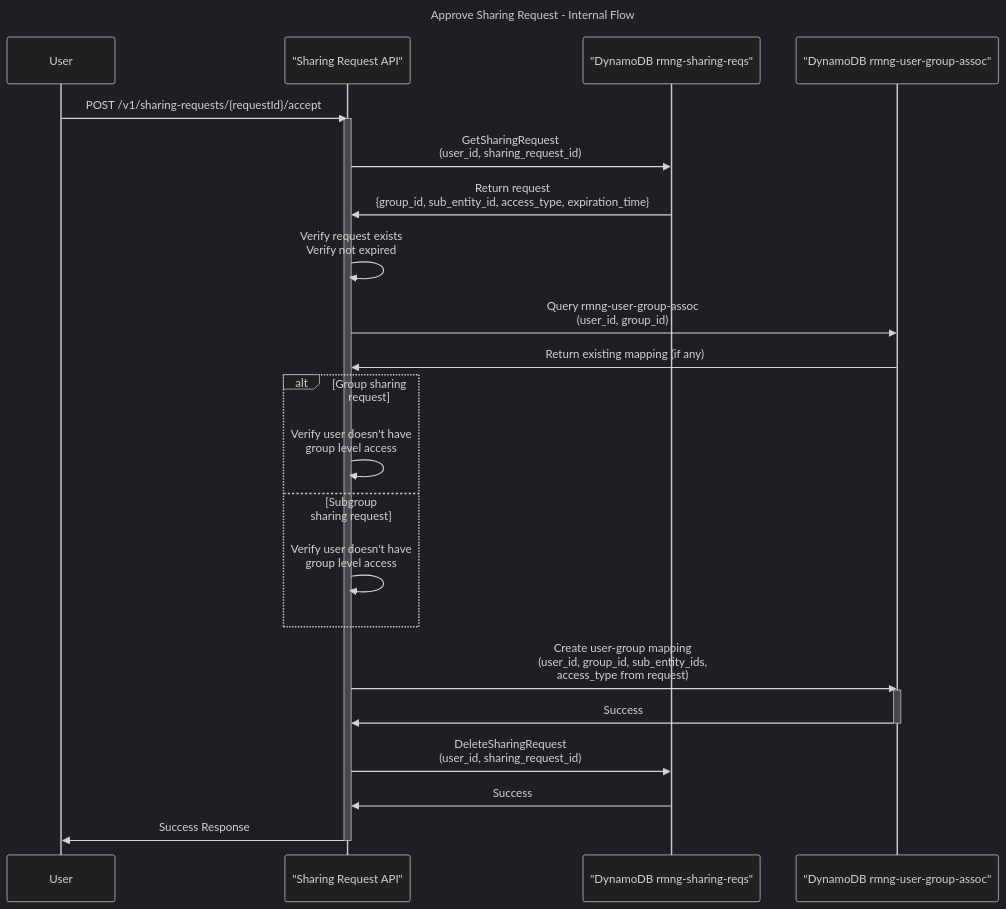
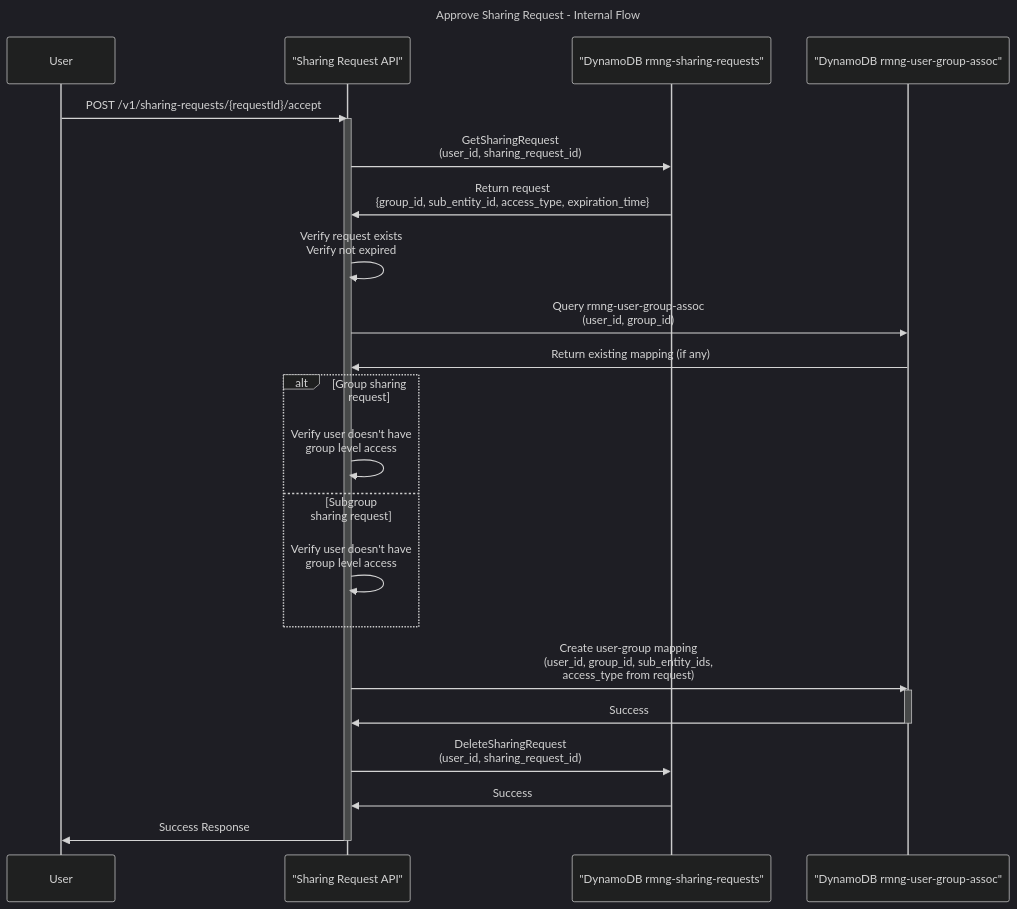
Before and after one commit to espressif/esp-rainmaker-neo: the sixth of 7 diagrams in docs/en/specs/group.md, drawn with Mermaid (dark theme). The commit also changed other lines of this file and 8 other files, not shown here.

First line of the commit message:
feat(group): store the typed username, "NONE" and decoys on sharing requests

````diff
--- a/docs/en/specs/group.md
+++ b/docs/en/specs/group.md
@@ -1285,38 +1293,38 @@
 ```mermaid
 sequenceDiagram
     title Approve Sharing Request - Internal Flow
     
     participant User
     participant SharingAPI as "Sharing Request API"
-    participant SharingDB as "DynamoDB rmng-sharing-reqs"
+    participant SharingDB as "DynamoDB rmng-sharing-requests"
     participant UserGroupDB as "DynamoDB rmng-user-group-assoc"
     
     User->>SharingAPI: POST /v1/sharing-requests/{requestId}/accept
     activate SharingAPI
     
     SharingAPI->>SharingDB: GetSharingRequest<br/>(user_id, sharing_request_id)
     SharingDB->>SharingAPI: Return request<br/>{group_id, sub_entity_id, access_type, expiration_time}
     
     SharingAPI->>SharingAPI: Verify request exists<br/>Verify not expired
     
     SharingAPI->>UserGroupDB: Query rmng-user-group-assoc<br/>(user_id, group_id)
     UserGroupDB->>SharingAPI: Return existing mapping (if any)
     
     alt Group sharing request
         SharingAPI->>SharingAPI: Verify user doesn't have<br/>group level access
     else Subgroup sharing request
         SharingAPI->>SharingAPI: Verify user doesn't have<br/>group level access
     end
     
     SharingAPI->>UserGroupDB: Create user-group mapping<br/>(user_id, group_id, sub_entity_ids,<br/>access_type from request)
     activate UserGroupDB
     UserGroupDB->>SharingAPI: Success
     deactivate UserGroupDB
     
     SharingAPI->>SharingDB: DeleteSharingRequest<br/>(user_id, sharing_request_id)
     SharingDB->>SharingAPI: Success
     
     SharingAPI->>User: Success Response
     
     deactivate SharingAPI
 ```
````
